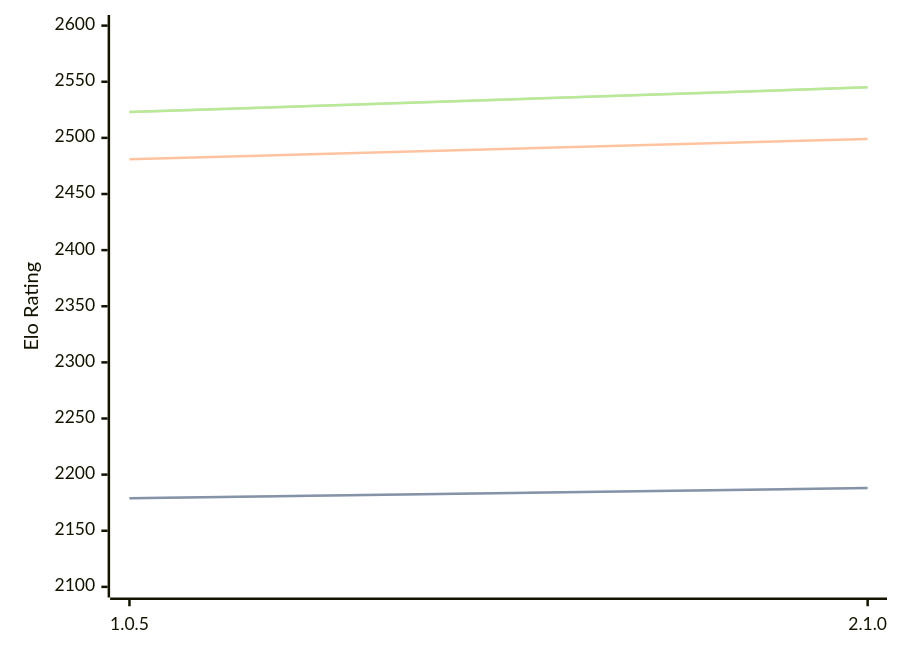
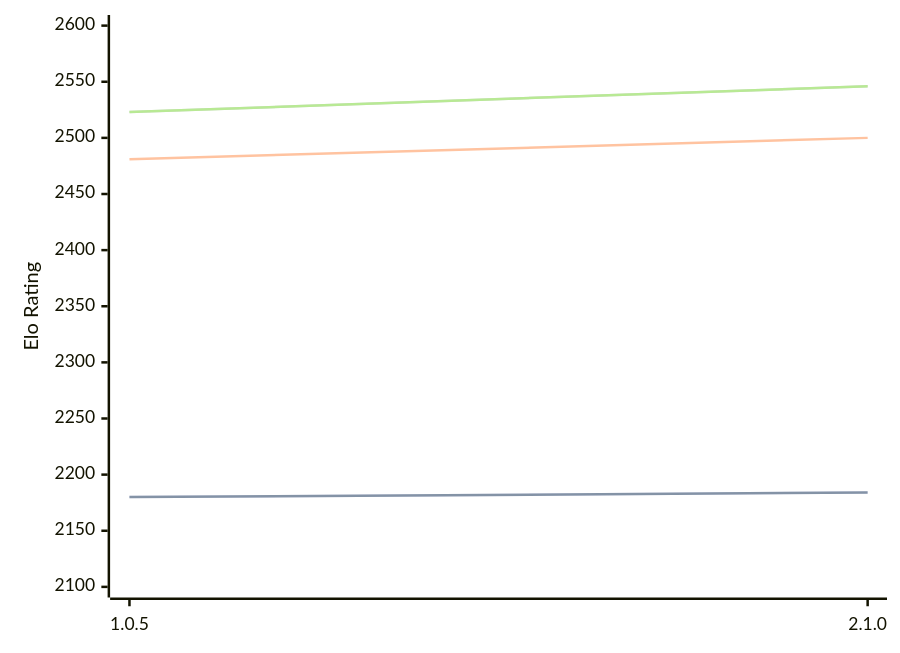
The diagram in engines/Ruffian.md (computer-chess-index/cci), drawn with Mermaid before and after one commit. The commit also changed other lines of this file, not shown here.

Commit message:
Update CCI Ratings (ELO VLTC) - 2026-04-25

````diff
--- a/engines/Ruffian.md
+++ b/engines/Ruffian.md
@@ -32,11 +32,11 @@
 ```mermaid
 %%{init: {"theme":"base","themeVariables":{"seriesColors:['#a3a3a3','#222221','#faa371']}}}%%
 xychart-beta
   x-axis ["1.0.5", "2.1.0"]
   y-axis "Elo Rating" 2100 --> 2600
-  line "STC (8.0+0.08s)" [2179, 2188]
-  line "STC (8.0+0.08s)" [2179, 2188]
-  line "LTC (60.0+0.60s)" [2481, 2499]
-  line "VLTC (2m24s+1.12s)" [2523, 2545]
-  line "VLTC (2m24s+1.12s)" [2523, 2545]
+  line "STC (8.0+0.08s)" [2180, 2184]
+  line "STC (8.0+0.08s)" [2180, 2184]
+  line "LTC (60.0+0.60s)" [2481, 2500]
+  line "VLTC (2m24s+1.12s)" [2523, 2546]
+  line "VLTC (2m24s+1.12s)" [2523, 2546]
 ```
````
